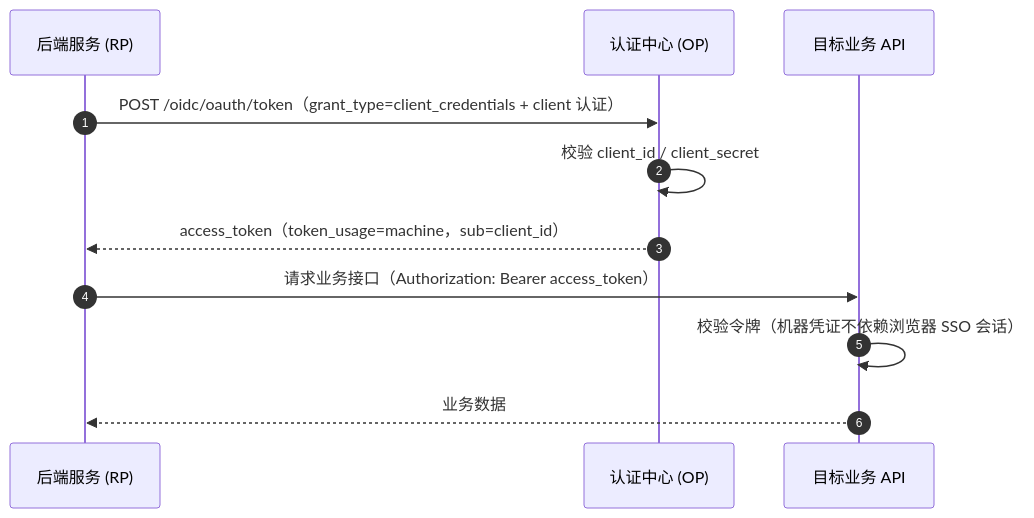
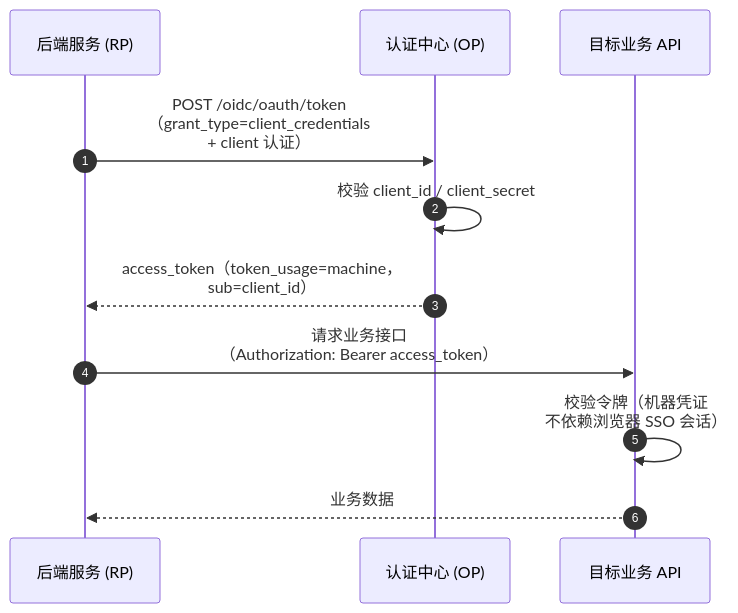
The seventh of 12 diagrams in docs/design/sso-oidc-concepts.md (morehao/ark-iam), drawn with Mermaid before and after one commit. The commit also changed other lines of this file and 172 other files, not shown here.

````diff
--- a/docs/design/sso-oidc-concepts.md
+++ b/docs/design/sso-oidc-concepts.md
@@ -273,14 +273,14 @@
 ```mermaid
 sequenceDiagram
     autonumber
     participant SVC as 后端服务 (RP)
     participant OP as 认证中心 (OP)
     participant API as 目标业务 API
 
-    SVC->>OP: POST /oidc/oauth/token（grant_type=client_credentials + client 认证）
+    SVC->>OP: POST /oidc/oauth/token<br/>（grant_type=client_credentials<br/>+ client 认证）
     OP->>OP: 校验 client_id / client_secret
-    OP-->>SVC: access_token（token_usage=machine，sub=client_id）
-    SVC->>API: 请求业务接口（Authorization: Bearer access_token）
-    API->>API: 校验令牌（机器凭证不依赖浏览器 SSO 会话）
+    OP-->>SVC: access_token（token_usage=machine，<br/>sub=client_id）
+    SVC->>API: 请求业务接口<br/>（Authorization: Bearer access_token）
+    API->>API: 校验令牌（机器凭证<br/>不依赖浏览器 SSO 会话）
     API-->>SVC: 业务数据
 ```
````
